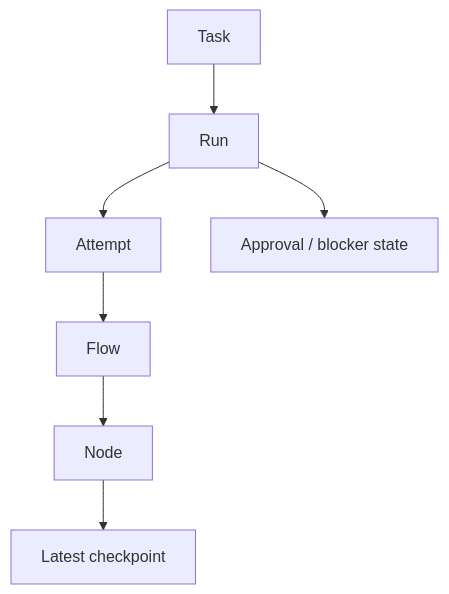
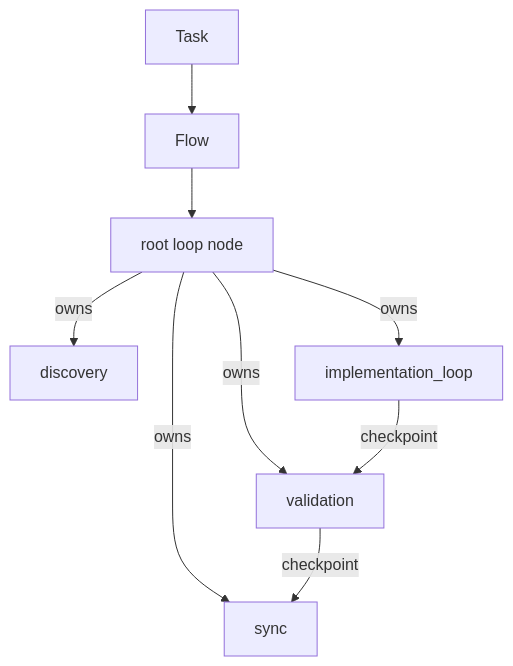
One commit to ringlochid/AutoClaw changed the first of 3 diagrams in docs/architecture/05-diagrams-and-mermaid.md. Above: the diagram before and after it, drawn with Mermaid. The commit also changed other lines of this file and 32 other files, not shown here.

First line of the commit message:
Refactor documentation for clarity and structure across multiple flow and roadmap files

````diff
--- a/docs/architecture/05-diagrams-and-mermaid.md
+++ b/docs/architecture/05-diagrams-and-mermaid.md
@@ -117,17 +5,11 @@
 ```mermaid
 flowchart TD
-    TASK[Task]
-    RUN[Run]
-    ATTEMPT[Attempt]
-    FLOW[Flow]
-    NODE[Node]
-    CHECKPOINT[Latest checkpoint]
-    APPROVAL[Approval / blocker state]
-
-    TASK --> RUN
-    RUN --> ATTEMPT
-    ATTEMPT --> FLOW
-    FLOW --> NODE
-    NODE --> CHECKPOINT
-    RUN --> APPROVAL
+  task[Task] --> flow[Flow]
+  flow --> n1[root loop node]
+  n1 -->|owns| n2[discovery]
+  n1 -->|owns| n3[implementation_loop]
+  n1 -->|owns| n4[validation]
+  n1 -->|owns| n5[sync]
+  n3 -->|checkpoint| n4
+  n4 -->|checkpoint| n5
 ```
````
